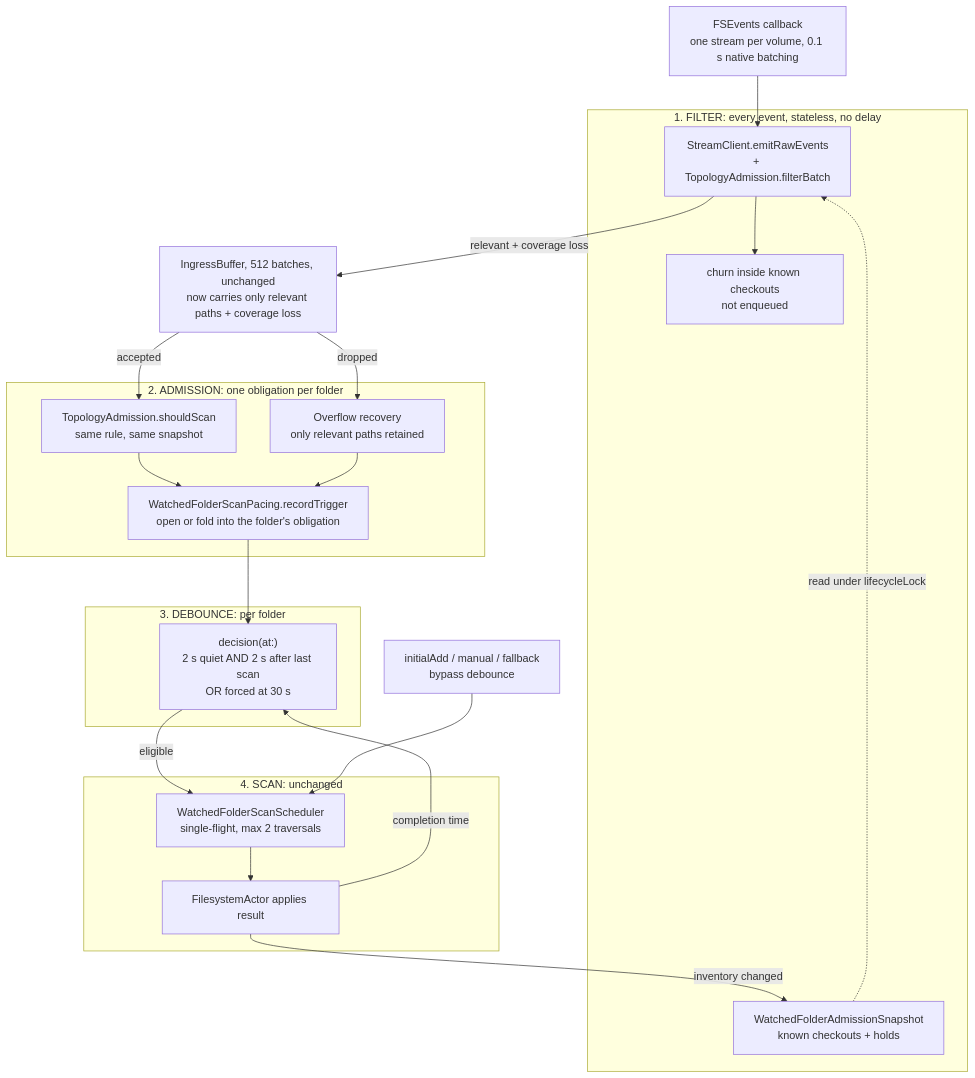
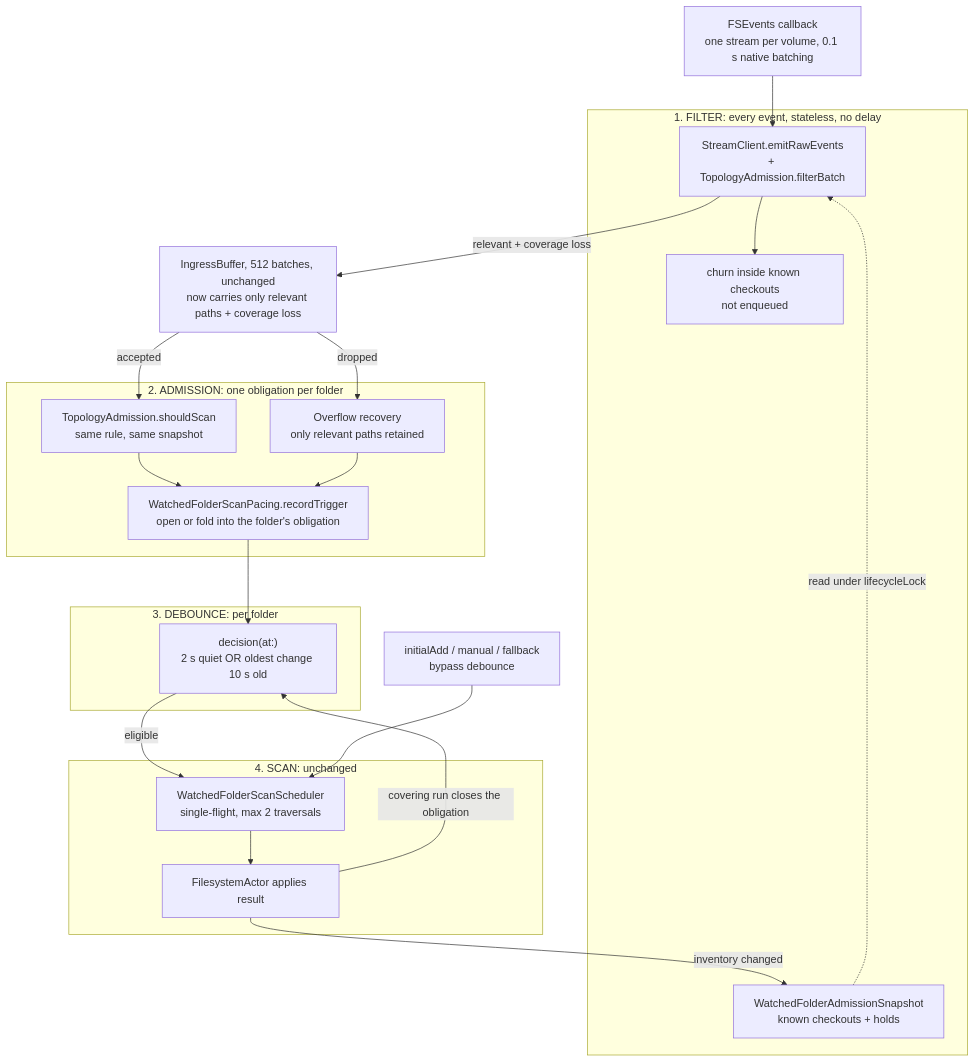
The fifth of 7 diagrams in docs/specs/2026-11-04-fsevents-overload/2026-11-04-fsevents-overload-program-design.md (getagentstudio/agentstudio), drawn with Mermaid before and after one commit. The commit also changed other lines of this file and 4 other files, not shown here.

````diff
--- a/docs/specs/2026-11-04-fsevents-overload/2026-11-04-fsevents-overload-program-design.md
+++ b/docs/specs/2026-11-04-fsevents-overload/2026-11-04-fsevents-overload-program-design.md
@@ -79,37 +82,37 @@
 ```mermaid
 flowchart TD
   os["FSEvents callback<br/>one stream per volume, 0.1 s native batching"]
   subgraph filter["1. FILTER: every event, stateless, no delay"]
     classify["StreamClient.emitRawEvents<br/>+ TopologyAdmission.filterBatch"]
     snap["WatchedFolderAdmissionSnapshot<br/>known checkouts + holds"]
     dropped["churn inside known checkouts<br/>not enqueued"]
     snap -.->|read under lifecycleLock| classify
     classify --> dropped
   end
   buf["IngressBuffer, 512 batches, unchanged<br/>now carries only relevant paths + coverage loss"]
   subgraph admission["2. ADMISSION: one obligation per folder"]
     should["TopologyAdmission.shouldScan<br/>same rule, same snapshot"]
     rec["Overflow recovery<br/>only relevant paths retained"]
     obligation["WatchedFolderScanPacing.recordTrigger<br/>open or fold into the folder's obligation"]
     should --> obligation
     rec --> obligation
   end
   subgraph debounce["3. DEBOUNCE: per folder"]
-    decide["decision(at:)<br/>2 s quiet AND 2 s after last scan<br/>OR forced at 30 s"]
+    decide["decision(at:)<br/>2 s quiet OR oldest change 10 s old"]
   end
   subgraph scan["4. SCAN: unchanged"]
     sched["WatchedFolderScanScheduler<br/>single-flight, max 2 traversals"]
     apply["FilesystemActor applies result"]
     sched --> apply
   end
   explicit["initialAdd / manual / fallback<br/>bypass debounce"]
   os --> classify
   classify -->|"relevant + coverage loss"| buf
   buf -->|accepted| should
   buf -->|dropped| rec
   obligation --> decide
   decide -->|eligible| sched
   explicit --> sched
-  apply -->|completion time| decide
+  apply -->|"covering run closes the obligation"| decide
   apply -->|inventory changed| snap
 ```
````
